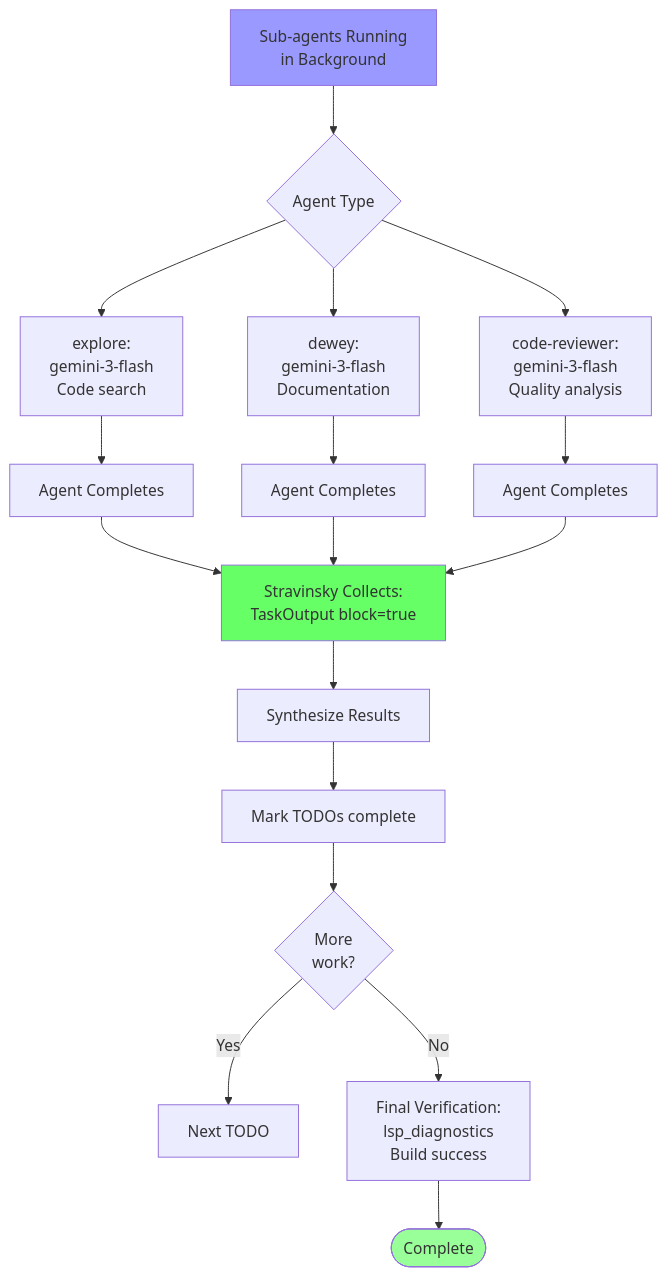
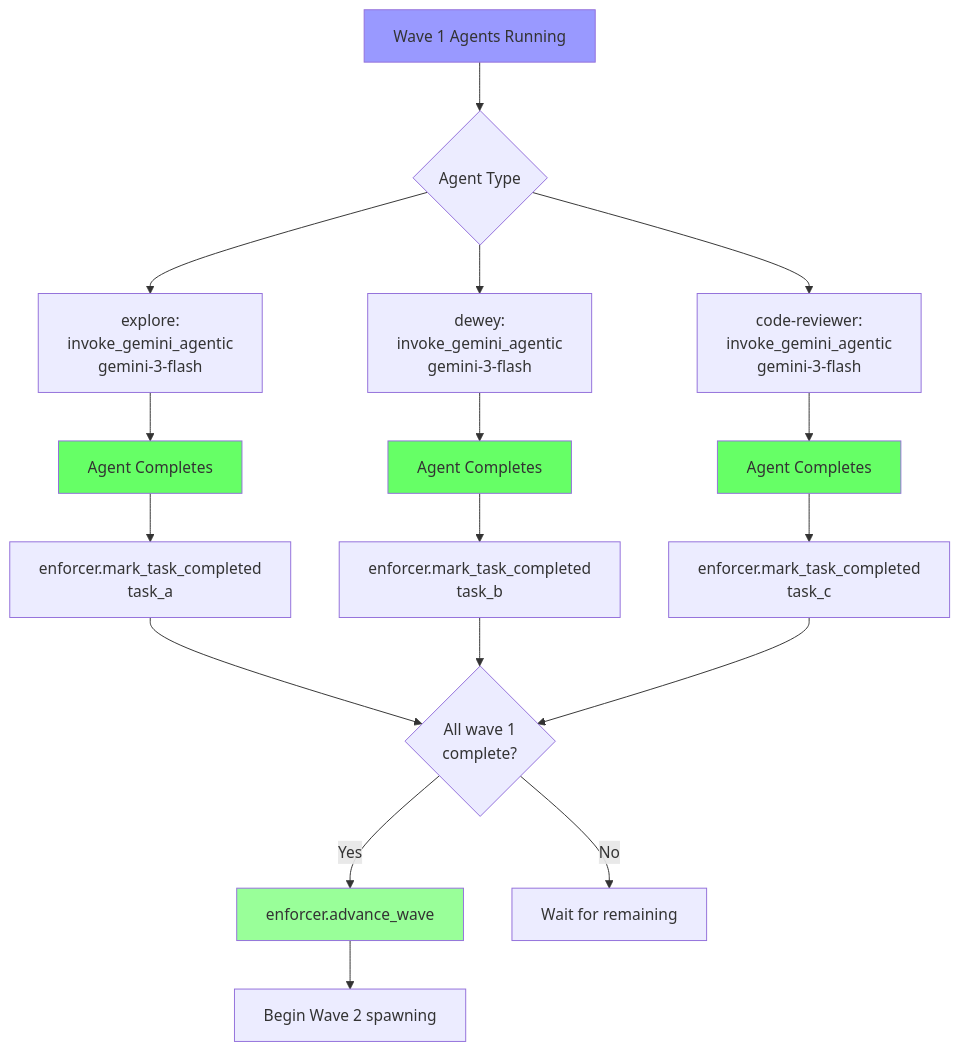
The fifth of 6 diagrams in docs/architecture/AGENT_WORKFLOW.md (GratefulDave/stravinsky), drawn with Mermaid before and after one commit. The commit also changed other lines of this file and 30 other files, not shown here.

First line of the commit message:
docs: comprehensive architecture documentation update for 7-Phase Orchestrator

````diff
--- a/docs/architecture/AGENT_WORKFLOW.md
+++ b/docs/architecture/AGENT_WORKFLOW.md
@@ -131,29 +166,31 @@
 ```mermaid
 flowchart TD
-    Agents[Sub-agents Running<br/>in Background] --> Types{Agent Type}
+    Agents[Wave 1 Agents Running] --> Types{Agent Type}
 
-    Types --> Explore[explore:<br/>gemini-3-flash<br/>Code search]
-    Types --> Dewey[dewey:<br/>gemini-3-flash<br/>Documentation]
-    Types --> Reviewer[code-reviewer:<br/>gemini-3-flash<br/>Quality analysis]
+    Types --> Explore[explore:<br/>invoke_gemini_agentic<br/>gemini-3-flash]
+    Types --> Dewey[dewey:<br/>invoke_gemini_agentic<br/>gemini-3-flash]
+    Types --> Reviewer[code-reviewer:<br/>invoke_gemini_agentic<br/>gemini-3-flash]
 
     Explore --> Complete1[Agent Completes]
     Dewey --> Complete2[Agent Completes]
     Reviewer --> Complete3[Agent Completes]
 
-    Complete1 --> Collect[Stravinsky Collects:<br/>TaskOutput block=true]
-    Complete2 --> Collect
-    Complete3 --> Collect
+    Complete1 --> MarkComplete1[enforcer.mark_task_completed<br/>task_a]
+    Complete2 --> MarkComplete2[enforcer.mark_task_completed<br/>task_b]
+    Complete3 --> MarkComplete3[enforcer.mark_task_completed<br/>task_c]
 
-    Collect --> Synthesize[Synthesize Results]
-    Synthesize --> UpdateTodos[Mark TODOs complete]
-    UpdateTodos --> MoreWork{More<br/>work?}
+    MarkComplete1 --> CheckWave{All wave 1<br/>complete?}
+    MarkComplete2 --> CheckWave
+    MarkComplete3 --> CheckWave
 
-    MoreWork -->|Yes| NextTodo[Next TODO]
-    MoreWork -->|No| Verify[Final Verification:<br/>lsp_diagnostics<br/>Build success]
+    CheckWave -->|Yes| AdvanceWave[enforcer.advance_wave]
+    CheckWave -->|No| WaitMore[Wait for remaining]
 
-    Verify --> Done([Complete])
+    AdvanceWave --> Wave2[Begin Wave 2 spawning]
 
     style Agents fill:#9999ff
-    style Collect fill:#66ff66
-    style Done fill:#99ff99
+    style Complete1 fill:#66ff66
+    style Complete2 fill:#66ff66
+    style Complete3 fill:#66ff66
+    style AdvanceWave fill:#99ff99
 ```
````
